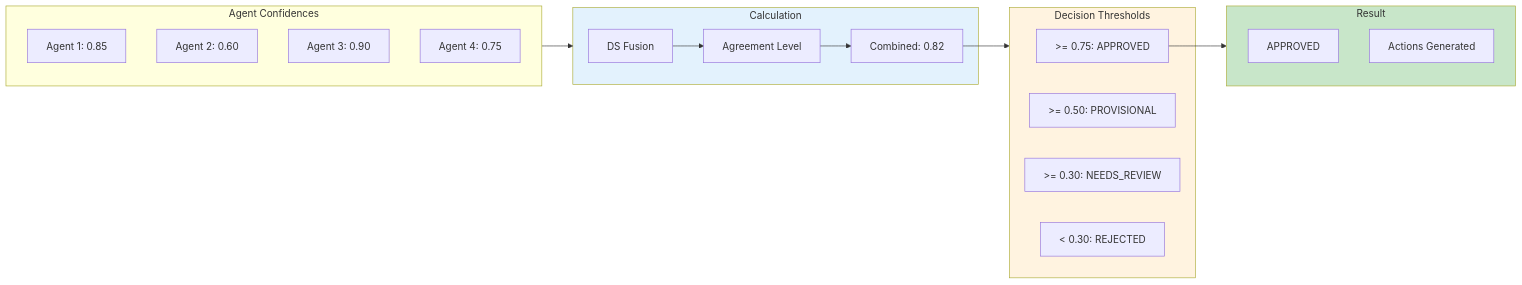
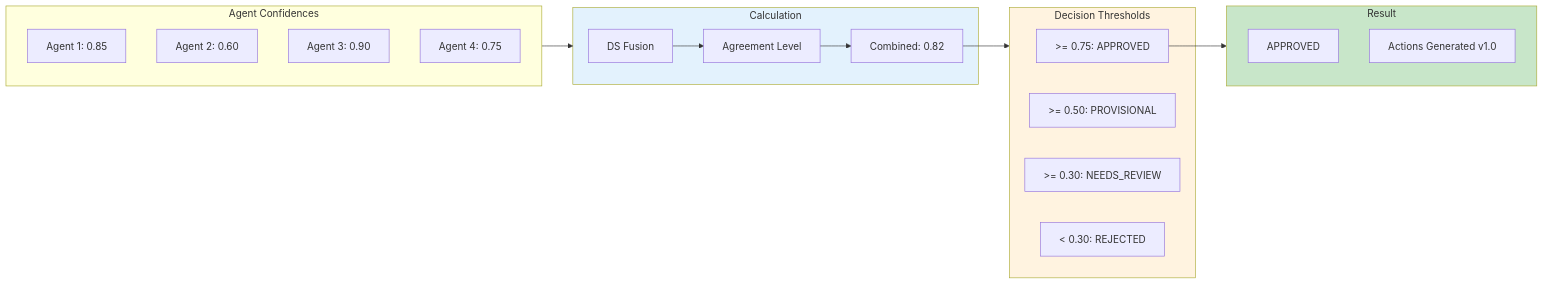
One commit to sabill123/ontology changed the eighth of 11 diagrams in docs/diagrams/04-consensus-engine.md. Above: the diagram before and after it, drawn with Mermaid. The commit also changed other lines of this file and 176 other files, not shown here.

````diff
--- a/docs/diagrams/04-consensus-engine.md
+++ b/docs/diagrams/04-consensus-engine.md
@@ -313,36 +405,36 @@
 ```mermaid
 flowchart LR
     subgraph INPUTS["Agent Confidences"]
         I1["Agent 1: 0.85"]
         I2["Agent 2: 0.60"]
         I3["Agent 3: 0.90"]
         I4["Agent 4: 0.75"]
     end
 
     subgraph CALC["Calculation"]
         C1["DS Fusion"]
         C2["Agreement Level"]
         C3["Combined: 0.82"]
     end
 
     subgraph THRESHOLDS["Decision Thresholds"]
         T1[">= 0.75: APPROVED"]
         T2[">= 0.50: PROVISIONAL"]
         T3[">= 0.30: NEEDS_REVIEW"]
         T4["< 0.30: REJECTED"]
     end
 
     subgraph RESULT["Result"]
         R1["APPROVED"]
-        R2["Actions Generated"]
+        R2["Actions Generated v1.0"]
     end
 
     INPUTS --> CALC
     C1 --> C2 --> C3
     C3 --> THRESHOLDS
     T1 --> RESULT
 
     style CALC fill:#e3f2fd
     style THRESHOLDS fill:#fff3e0
     style RESULT fill:#c8e6c9
 ```
````
